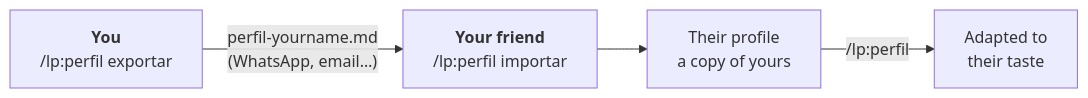
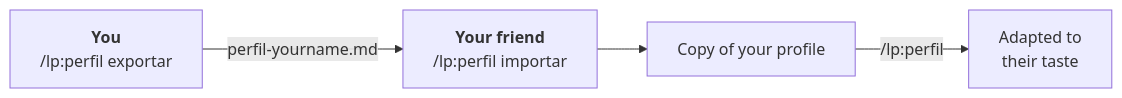
Before and after one commit to zjeanero/vitrine-skill: the diagram in README.en.md, drawn with Mermaid. The commit also changed other lines of this file and 1 other file, not shown here.

````diff
--- a/README.en.md
+++ b/README.en.md
@@ -152,6 +102,6 @@
 ```mermaid
 flowchart LR
-    A["<b>You</b><br/>/lp:perfil exportar"] -- "perfil-yourname.md<br/>(WhatsApp, email…)" --> B["<b>Your friend</b><br/>/lp:perfil importar"]
-    B --> C["Their profile<br/>a copy of yours"]
+    A["<b>You</b><br/>/lp:perfil exportar"] -- "perfil-yourname.md" --> B["<b>Your friend</b><br/>/lp:perfil importar"]
+    B --> C["Copy of your profile"]
     C -- "/lp:perfil" --> D["Adapted to<br/>their taste"]
 ```
````
